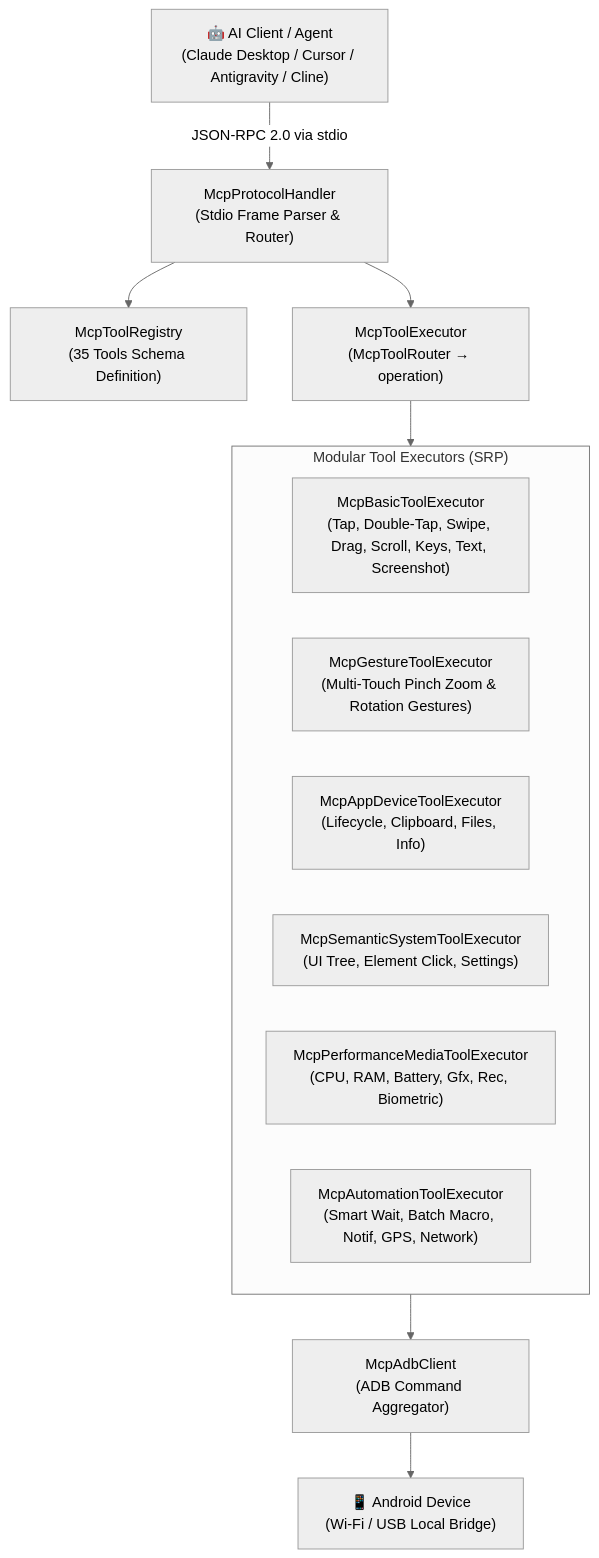
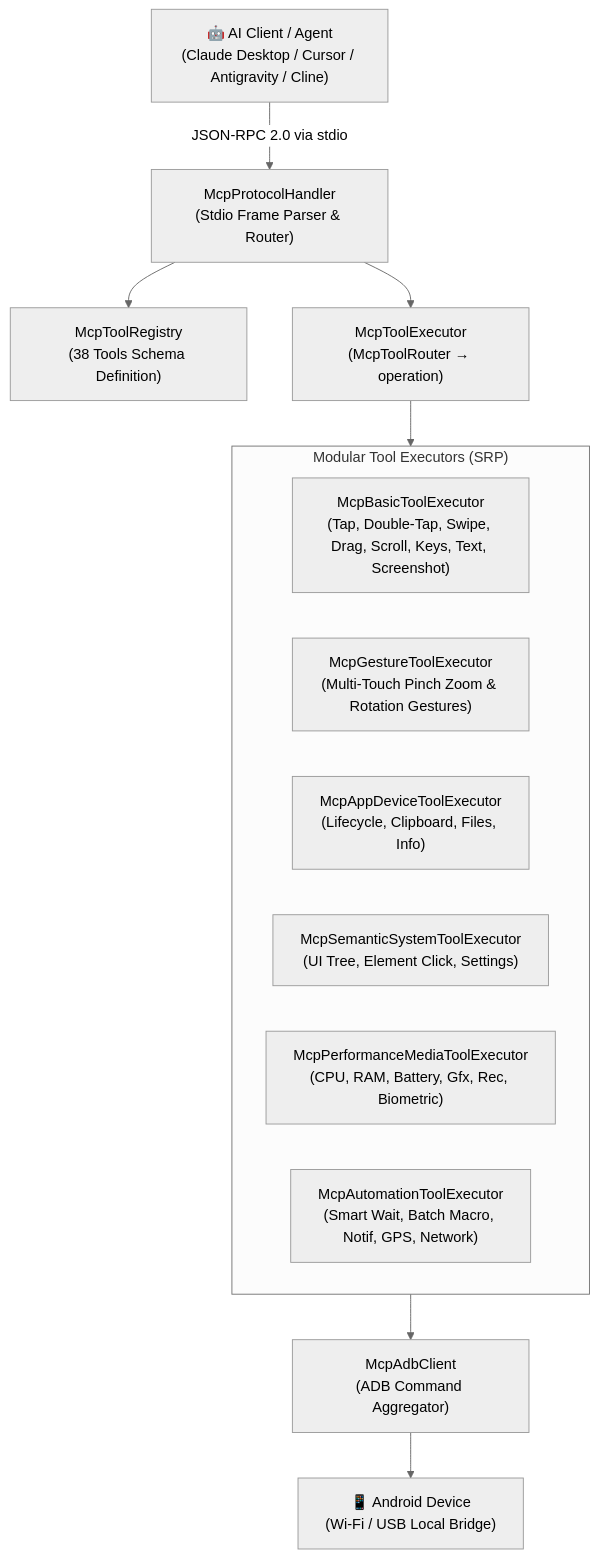
Before and after one commit to az-coder-123/azdroid: the diagram in docs/features/mcp-ai-agent-server.md, drawn with Mermaid (neutral theme). The commit also changed other lines of this file and 54 other files, not shown here.

First line of the commit message:
feat(mcp): add app and game development tools (38 tools)

````diff
--- a/docs/features/mcp-ai-agent-server.md
+++ b/docs/features/mcp-ai-agent-server.md
@@ -18,19 +18,19 @@
 ```mermaid
 flowchart TD
     AI["🤖 AI Client / Agent\n(Claude Desktop / Cursor / Antigravity / Cline)"] -->|JSON-RPC 2.0 via stdio| Handler["McpProtocolHandler\n(Stdio Frame Parser & Router)"]
-    Handler --> Registry["McpToolRegistry\n(35 Tools Schema Definition)"]
+    Handler --> Registry["McpToolRegistry\n(38 Tools Schema Definition)"]
     Handler --> Executor["McpToolExecutor\n(McpToolRouter → operation)"]
 
     subgraph SubExecutors ["Modular Tool Executors (SRP)"]
         E1["McpBasicToolExecutor\n(Tap, Double-Tap, Swipe, Drag, Scroll, Keys, Text, Screenshot)"]
         E2["McpGestureToolExecutor\n(Multi-Touch Pinch Zoom & Rotation Gestures)"]
         E3["McpAppDeviceToolExecutor\n(Lifecycle, Clipboard, Files, Info)"]
         E4["McpSemanticSystemToolExecutor\n(UI Tree, Element Click, Settings)"]
         E5["McpPerformanceMediaToolExecutor\n(CPU, RAM, Battery, Gfx, Rec, Biometric)"]
         E6["McpAutomationToolExecutor\n(Smart Wait, Batch Macro, Notif, GPS, Network)"]
     end
 
     Executor --> SubExecutors
     SubExecutors --> Client["McpAdbClient\n(ADB Command Aggregator)"]
     Client --> Phone["📱 Android Device\n(Wi-Fi / USB Local Bridge)"]
 ```
````
